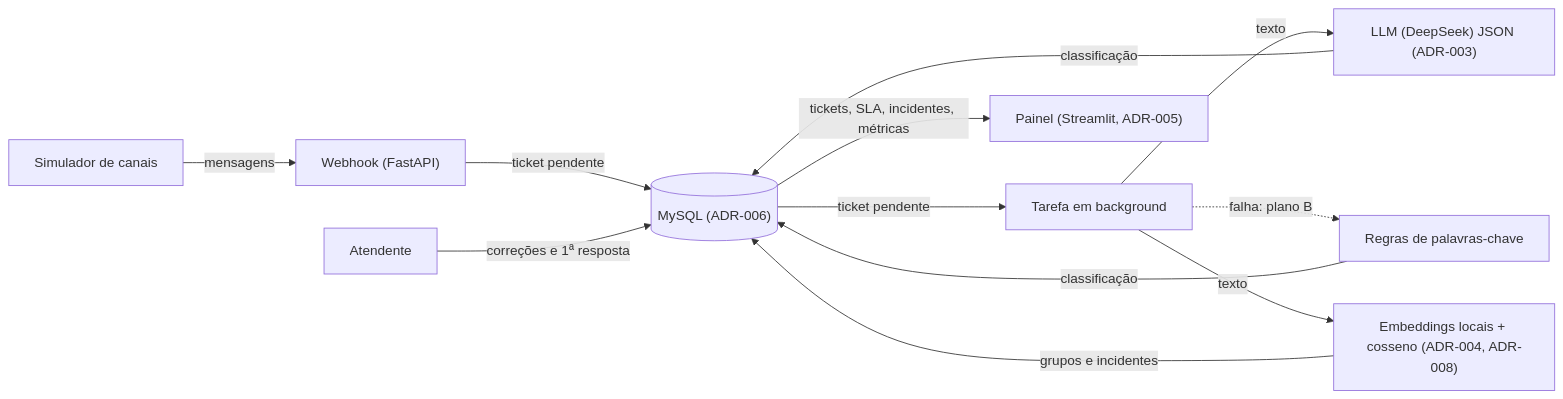
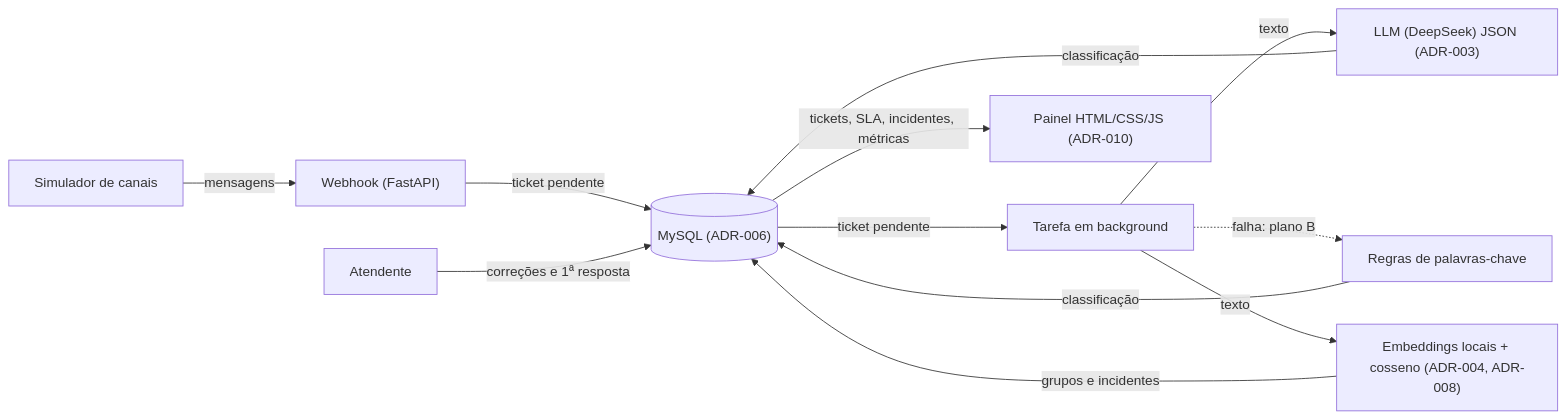
The diagram in management/arch.md (Miguel-Soares1/hackathon), drawn with Mermaid before and after one commit. The commit also changed other lines of this file and 13 other files, not shown here.

First line of the commit message:
Troca o painel Streamlit por HTML, CSS e JavaScript puros

````diff
--- a/management/arch.md
+++ b/management/arch.md
@@ -19,14 +19,14 @@
 ```mermaid
 graph LR
   SIM["Simulador de canais"] -->|mensagens| WH["Webhook (FastAPI)"]
   WH -->|ticket pendente| DB[("MySQL (ADR-006)")]
   DB -->|ticket pendente| BG["Tarefa em background"]
   BG -->|texto| LLM["LLM (DeepSeek) JSON (ADR-003)"]
   BG -.->|falha: plano B| RULES["Regras de palavras-chave"]
   LLM -->|classificação| DB
   RULES -->|classificação| DB
   BG -->|texto| EMB["Embeddings locais + cosseno (ADR-004, ADR-008)"]
   EMB -->|grupos e incidentes| DB
   AT["Atendente"] -->|correções e 1ª resposta| DB
-  DB -->|tickets, SLA, incidentes, métricas| UI["Painel (Streamlit, ADR-005)"]
+  DB -->|tickets, SLA, incidentes, métricas| UI["Painel HTML/CSS/JS (ADR-010)"]
 ```
````
